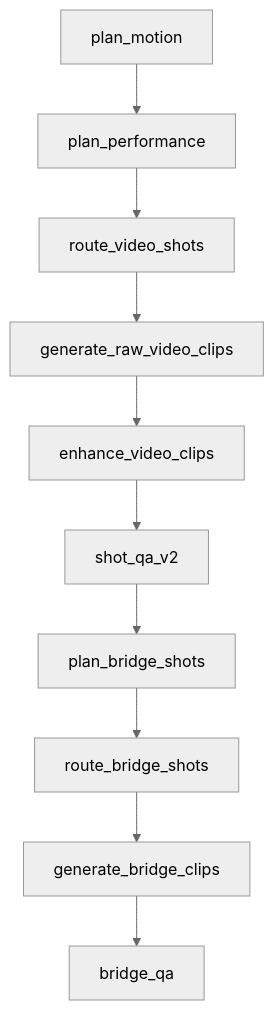
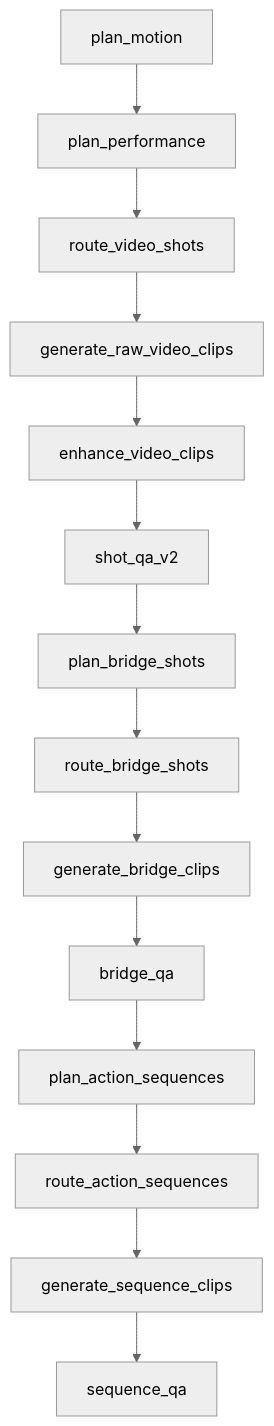
The second of 3 diagrams in docs/runtime/resume-from-step.md (OliverPanda/AI-video-factory-pro), drawn with Mermaid (neutral theme) before and after one commit. The commit also changed other lines of this file and 30 other files, not shown here.

````diff
--- a/docs/runtime/resume-from-step.md
+++ b/docs/runtime/resume-from-step.md
@@ -81,12 +87,16 @@
 ```mermaid
 flowchart TD
     A[plan_motion] --> B[plan_performance]
     B --> C[route_video_shots]
     C --> D[generate_raw_video_clips]
     D --> E[enhance_video_clips]
     E --> F[shot_qa_v2]
     F --> G[plan_bridge_shots]
     G --> H[route_bridge_shots]
     H --> I[generate_bridge_clips]
     I --> J[bridge_qa]
+    J --> K[plan_action_sequences]
+    K --> L[route_action_sequences]
+    L --> M[generate_sequence_clips]
+    M --> N[sequence_qa]
 ```
````
